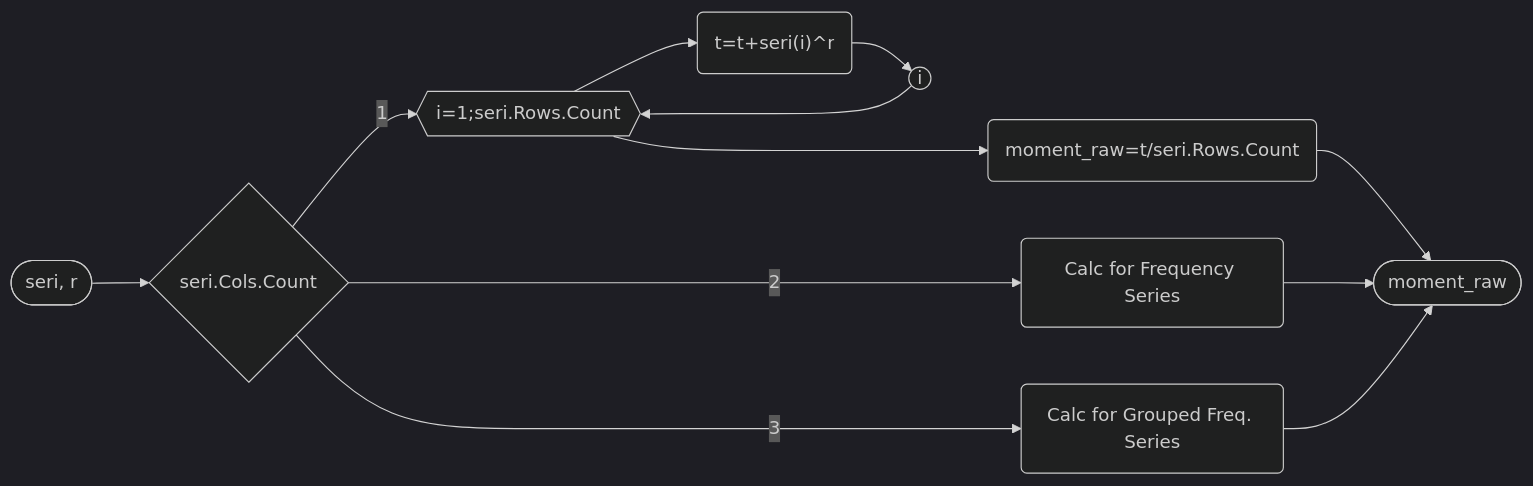
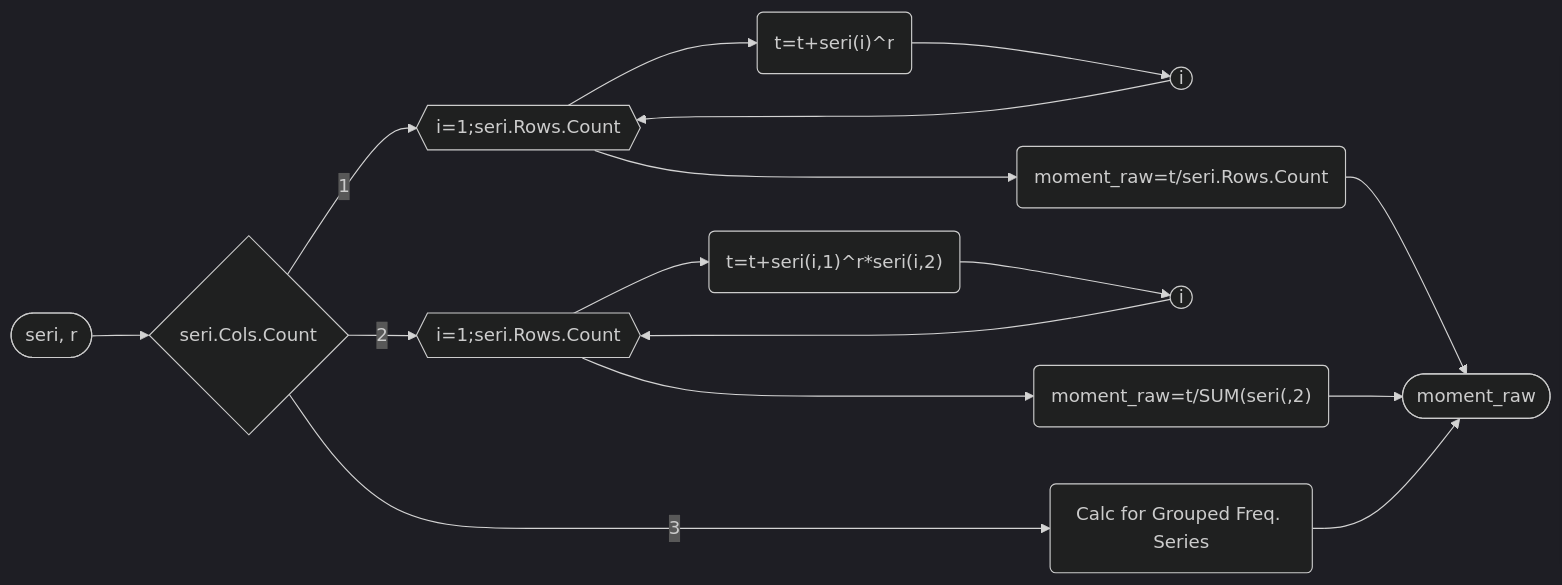
The diagram in VBA_Statistics/README.md (lterlemez/Excel-VBA--statistik), drawn with Mermaid (dark theme) before and after one commit.

````diff
--- a/VBA_Statistics/README.md
+++ b/VBA_Statistics/README.md
@@ -50,13 +50,15 @@
 ```mermaid
 flowchart LR
 A([seri, r]) --> B
 B{seri.Cols.Count}
 B--1--> E{{"i=1;seri.Rows.Count"}} 
 E-->F("t=t+seri(i)^r")-->G((i)) 
 G-->E 
-E---->H("moment_raw=t/seri.Rows.Count")-->J([moment_raw])
-B--2-->K(Calc for Frequency Series)
-K-->J
+E--->H("moment_raw=t/seri.Rows.Count")-->J([moment_raw])
+B--2-->K{{"i=1;seri.Rows.Count"}}
+K-->M("t=t+seri(i,1)^r*seri(i,2)")-->N((i))
+N-->K
+K--->O("moment_raw=t/SUM(seri(,2)")-->J([moment_raw])
 B--3-->L(Calc for Grouped Freq. Series)
 L-->J
 ```
````
